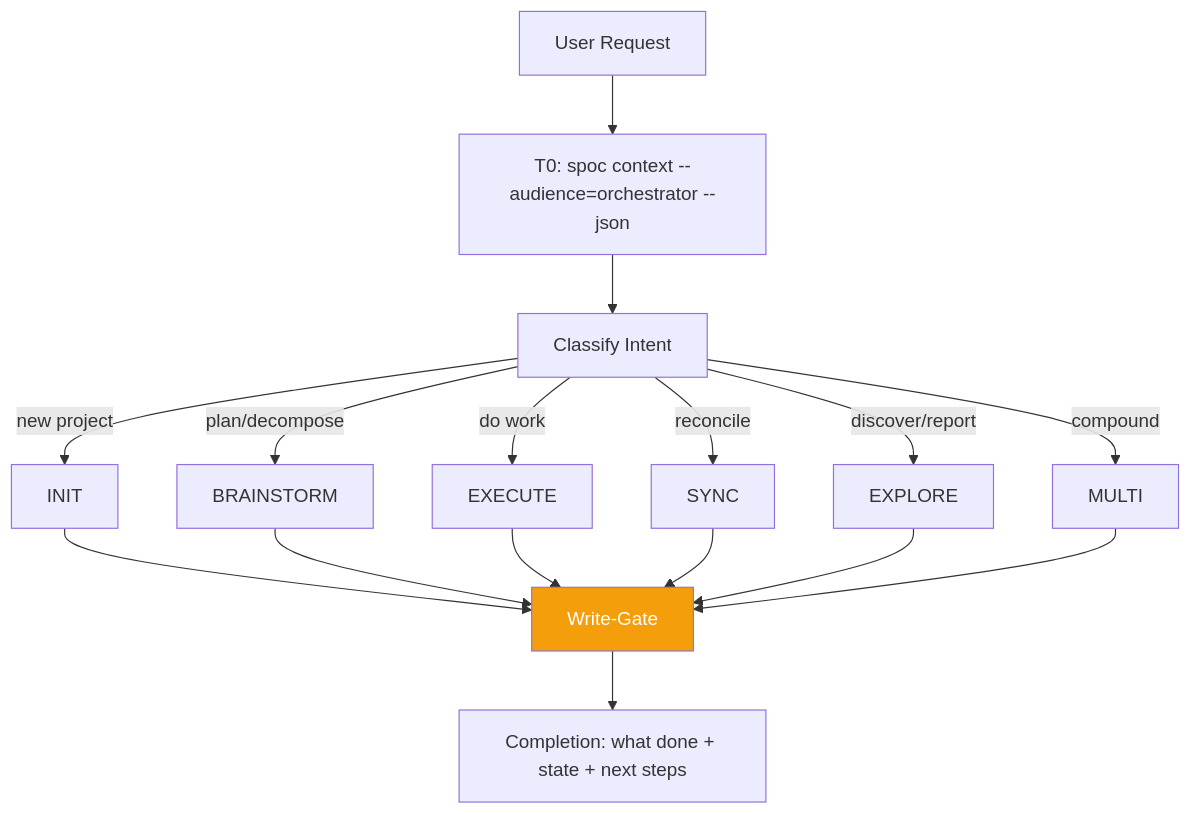
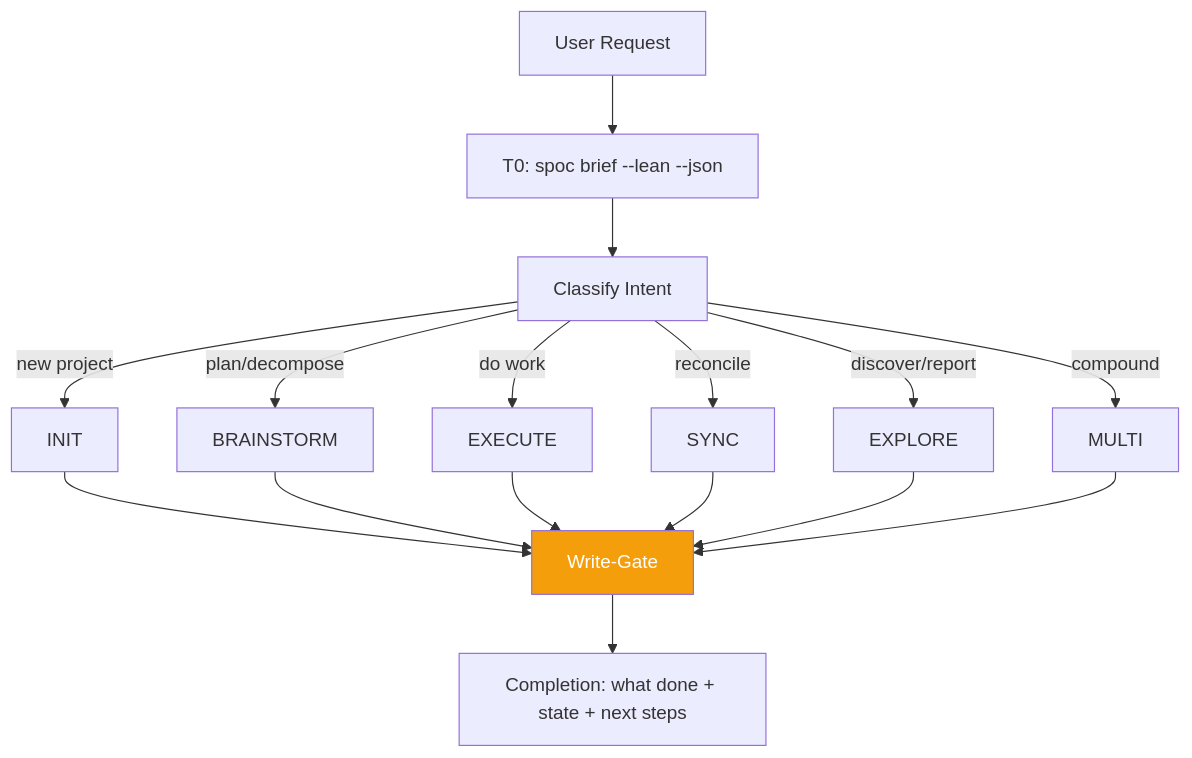
Before and after one commit to rryando/SPOC: the diagram in skills/orchestrate.md, drawn with Mermaid. The commit also changed other lines of this file and 17 other files, not shown here.

First line of the commit message:
chore(prompts,skills): canonicalize spoc context invocations

````diff
--- a/skills/orchestrate.md
+++ b/skills/orchestrate.md
@@ -15,15 +15,15 @@
 ```mermaid
 flowchart TD
     classDef gate fill:#f59e0b,color:#fff
 
-    A[User Request] --> B[T0: spoc context --audience=orchestrator --json]
+    A[User Request] --> B[T0: spoc brief --lean --json]
     B --> C[Classify Intent]
     C -->|new project| INIT[INIT]
     C -->|plan/decompose| BRAINSTORM[BRAINSTORM]
     C -->|do work| EXECUTE[EXECUTE]
     C -->|reconcile| SYNC[SYNC]
     C -->|discover/report| EXPLORE[EXPLORE]
     C -->|compound| MULTI[MULTI]
     INIT & BRAINSTORM & EXECUTE & SYNC & EXPLORE & MULTI --> WG[Write-Gate]:::gate
     WG --> DONE[Completion: what done + state + next steps]
 ```
````
